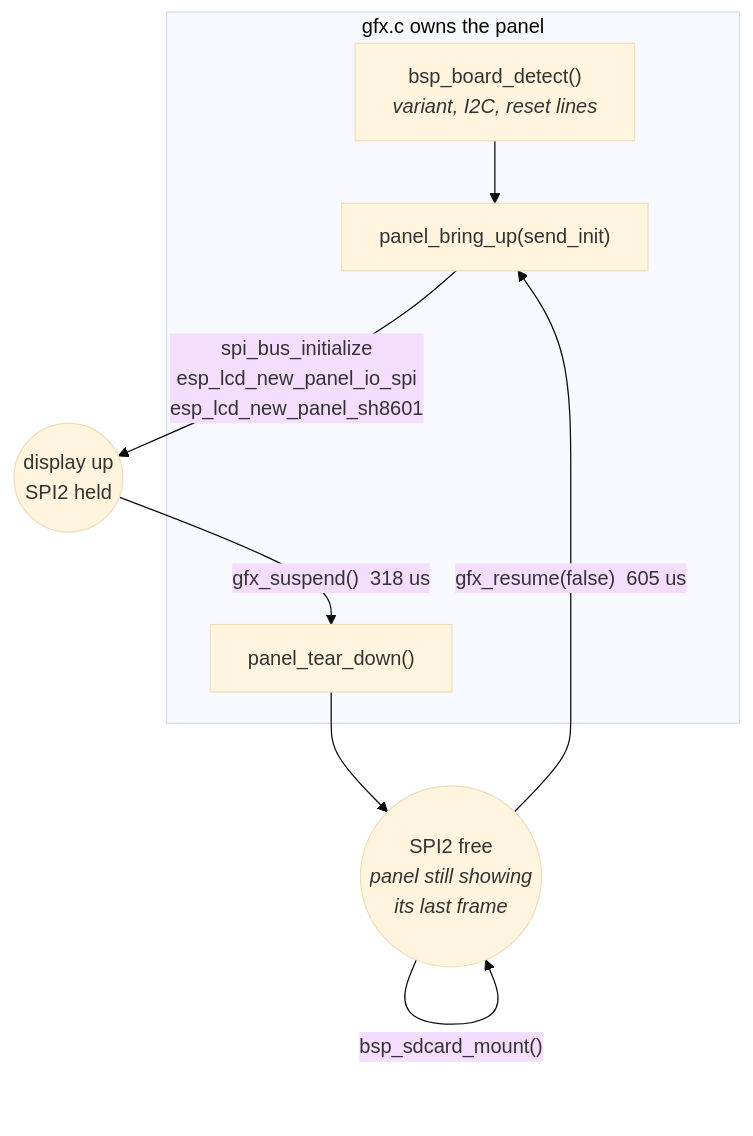
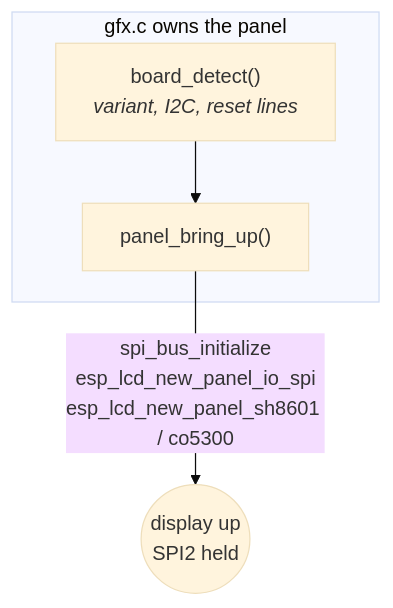
Before and after one commit to jose-villegas/autana: the diagram in docs/notes/Display-and-Rendering.md, drawn with Mermaid (base theme). The commit also changed other lines of this file and 57 other files, not shown here.

````diff
--- a/docs/notes/Display-and-Rendering.md
+++ b/docs/notes/Display-and-Rendering.md
@@ -28,15 +37,10 @@
 ```mermaid
 flowchart TB
     subgraph gfx["gfx.c owns the panel"]
-        BD["bsp_board_detect()<br/><i>variant, I2C, reset lines</i>"]
-        BU["panel_bring_up(send_init)"]
-        TD["panel_tear_down()"]
+        BD["board_detect()<br/><i>variant, I2C, reset lines</i>"]
+        BU["panel_bring_up()"]
     end
 
     BD --> BU
-    BU -->|"spi_bus_initialize<br/>esp_lcd_new_panel_io_spi<br/>esp_lcd_new_panel_sh8601"| UP(("display up<br/>SPI2 held"))
-    UP -->|"gfx_suspend() &nbsp;318 us"| TD
-    TD --> FREE(("SPI2 free<br/><i>panel still showing<br/>its last frame</i>"))
-    FREE -->|"bsp_sdcard_mount()"| FREE
-    FREE -->|"gfx_resume(false) &nbsp;605 us"| BU
+    BU -->|"spi_bus_initialize<br/>esp_lcd_new_panel_io_spi<br/>esp_lcd_new_panel_sh8601 / co5300"| UP(("display up<br/>SPI2 held"))
 ```
````
